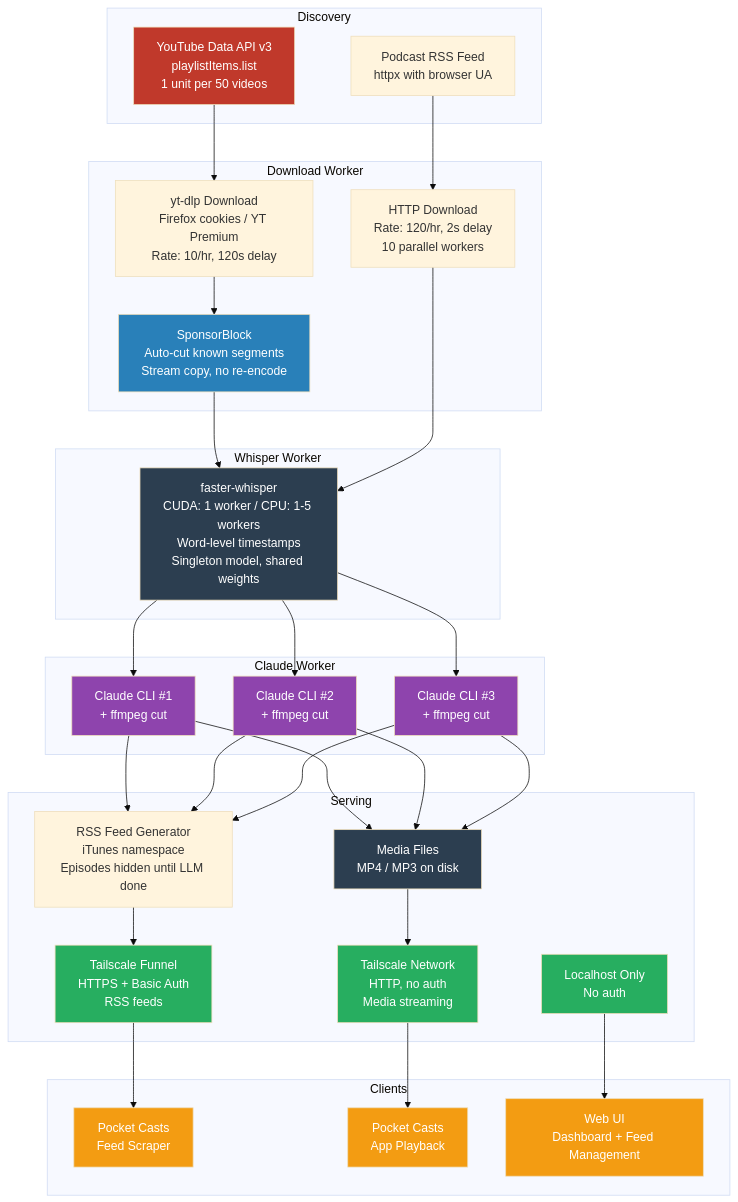
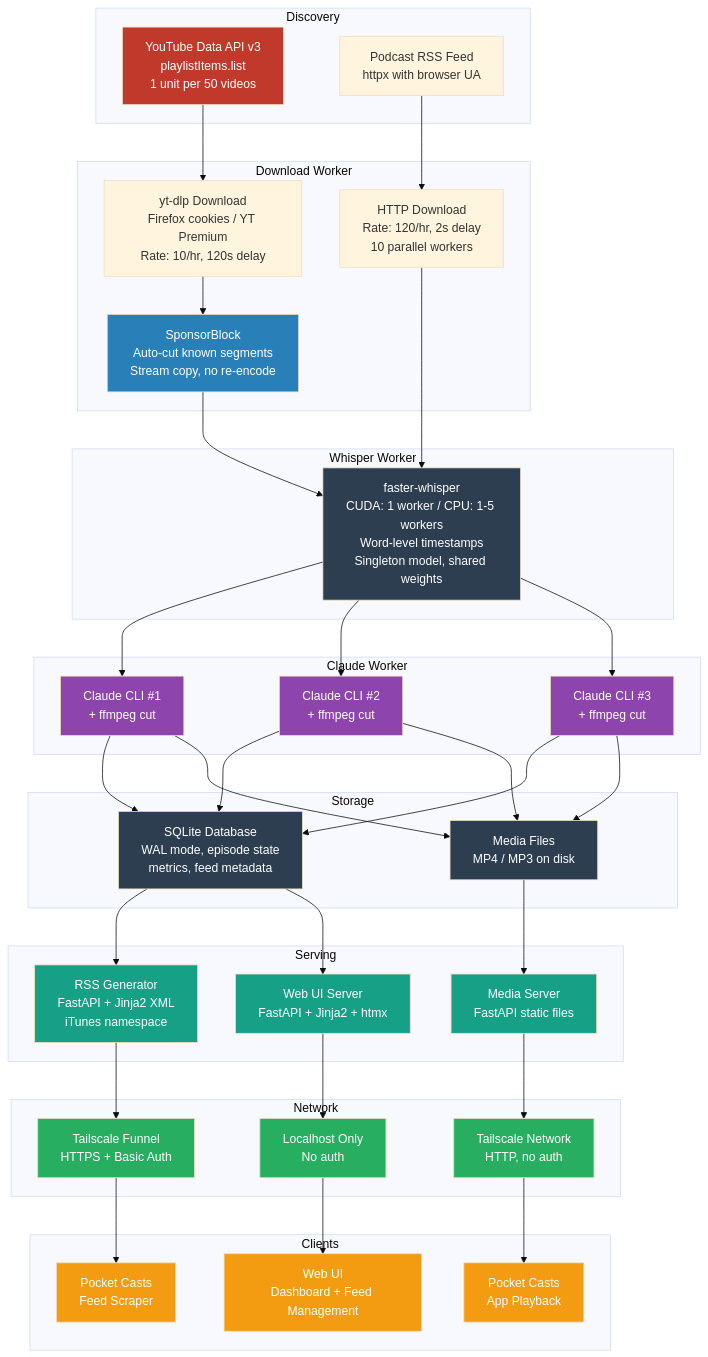
Before and after one commit to cwilliams5/Siphon: the diagram in README.md, drawn with Mermaid (base theme).

Commit message:
Expand architecture diagram: Storage, Serving, Network, Clients layers
Full 8-layer vertical flow:
Discovery → Download → Whisper → Claude → Storage → Serving → Network → Clients

Storage: SQLite (WAL) + Media Files
Serving: RSS Generator (FastAPI+Jinja2) | Media Server (FastAPI static) | Web UI (FastAPI+Jinja2+htmx)
Network: Tailscale Funnel | Tailscale Network | Localhost
Clients: Pocket Casts Scraper | Pocket Casts App | Web UI

```diff
--- a/README.md
+++ b/README.md
@@ -203,14 +203,21 @@
         CLAUDE3[Claude CLI #3<br/>+ ffmpeg cut]
     end
 
+    subgraph Storage
+        DB[SQLite Database<br/>WAL mode, episode state<br/>metrics, feed metadata]
+        MEDIA[Media Files<br/>MP4 / MP3 on disk]
+    end
+
     subgraph Serving
-        RSS_GEN[RSS Feed Generator<br/>iTunes namespace<br/>Episodes hidden until LLM done]
-        MEDIA[Media Files<br/>MP4 / MP3 on disk]
-        FUNNEL[Tailscale Funnel<br/>HTTPS + Basic Auth<br/>RSS feeds]
-        TAILNET[Tailscale Network<br/>HTTP, no auth<br/>Media streaming]
+        RSS_SRV[RSS Generator<br/>FastAPI + Jinja2 XML<br/>iTunes namespace]
+        MEDIA_SRV[Media Server<br/>FastAPI static files]
+        WEB_SRV[Web UI Server<br/>FastAPI + Jinja2 + htmx]
+    end
+
+    subgraph Network
+        FUNNEL[Tailscale Funnel<br/>HTTPS + Basic Auth]
+        TAILNET[Tailscale Network<br/>HTTP, no auth]
         LOCALHOST[Localhost Only<br/>No auth]
-        RSS_GEN --> FUNNEL
-        MEDIA --> TAILNET
     end
 
     subgraph Clients
@@ -226,12 +233,18 @@
     WHISPER --> CLAUDE1
     WHISPER --> CLAUDE2
     WHISPER --> CLAUDE3
-    CLAUDE1 --> RSS_GEN
-    CLAUDE2 --> RSS_GEN
-    CLAUDE3 --> RSS_GEN
+    CLAUDE1 --> DB
+    CLAUDE2 --> DB
+    CLAUDE3 --> DB
     CLAUDE1 --> MEDIA
     CLAUDE2 --> MEDIA
     CLAUDE3 --> MEDIA
+    DB --> RSS_SRV
+    DB --> WEB_SRV
+    MEDIA --> MEDIA_SRV
+    RSS_SRV --> FUNNEL
+    MEDIA_SRV --> TAILNET
+    WEB_SRV --> LOCALHOST
     FUNNEL --> PC_SCRAPER
     TAILNET --> PC_APP
     LOCALHOST --> WEBUI
@@ -242,7 +255,11 @@
     style CLAUDE2 fill:#8e44ad,color:#fff
     style CLAUDE3 fill:#8e44ad,color:#fff
     style SB fill:#2980b9,color:#fff
+    style DB fill:#2c3e50,color:#fff
     style MEDIA fill:#2c3e50,color:#fff
+    style RSS_SRV fill:#16a085,color:#fff
+    style MEDIA_SRV fill:#16a085,color:#fff
+    style WEB_SRV fill:#16a085,color:#fff
     style FUNNEL fill:#27ae60,color:#fff
     style TAILNET fill:#27ae60,color:#fff
     style LOCALHOST fill:#27ae60,color:#fff
```
